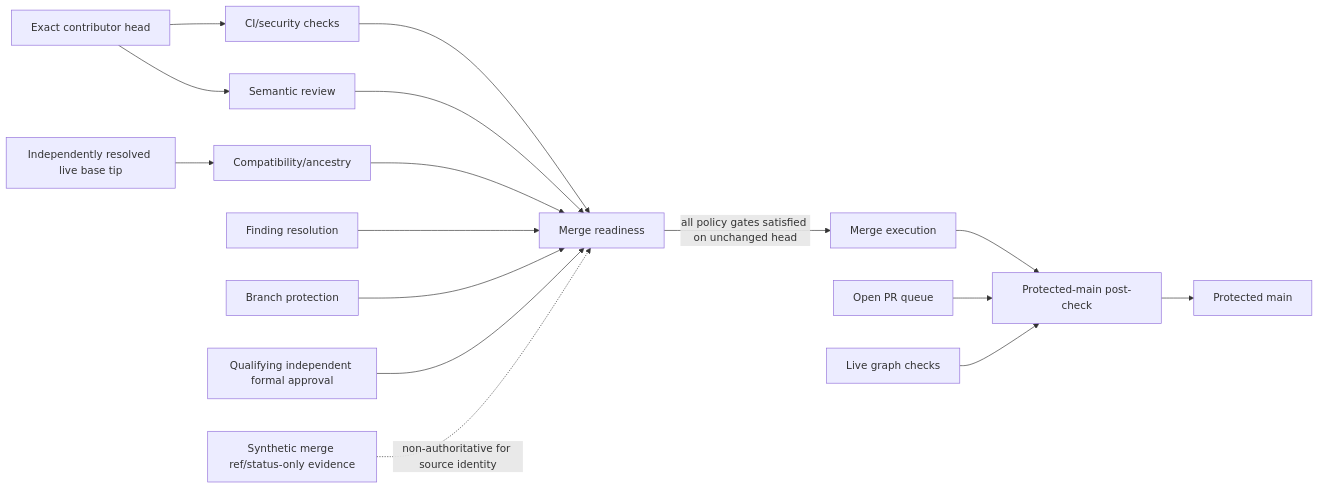
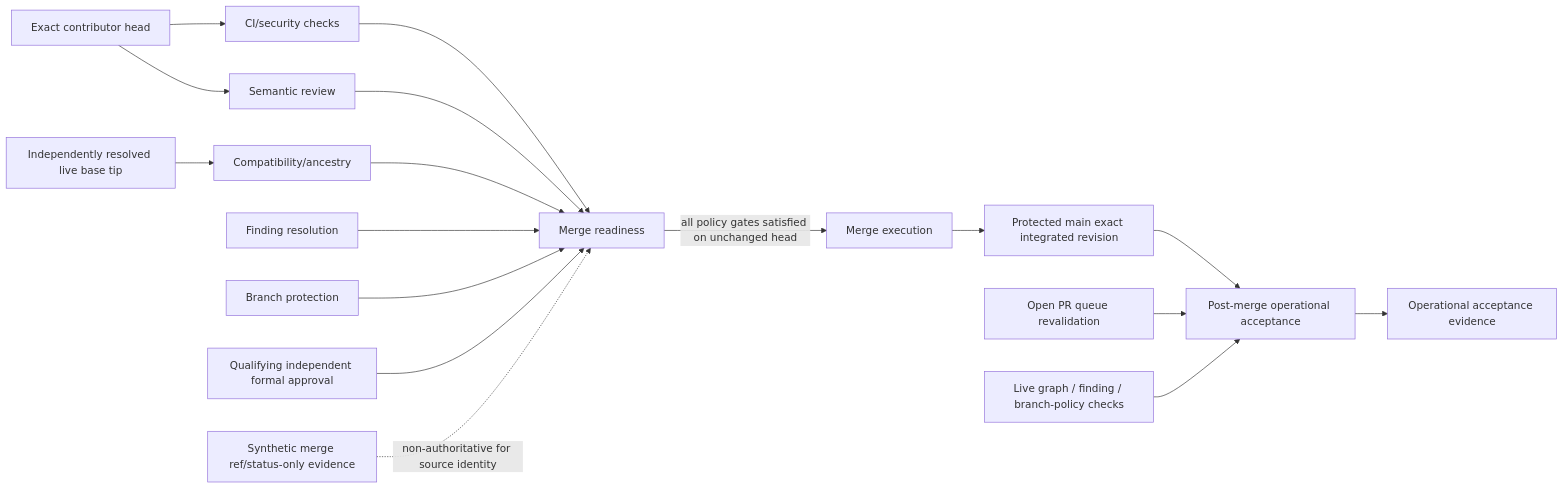
One commit to ContextualWisdomLab/pg-llm-batch changed the seventh of 8 diagrams in docs/architecture/UML.md. Above: the diagram before and after it, drawn with Mermaid. The commit also changed other lines of this file, not shown here.

Commit message:
docs: order operational acceptance after protected integration

````diff
--- a/docs/architecture/UML.md
+++ b/docs/architecture/UML.md
@@ -124,18 +124,19 @@
 ```mermaid
 flowchart LR
     SRC[Exact contributor head] --> CI[CI/security checks]
     BASE[Independently resolved live base tip] --> COMP[Compatibility/ancestry]
     SRC --> REV[Semantic review]
     CI --> GATE[Merge readiness]
     COMP --> GATE
     REV --> GATE
     FIND[Finding resolution] --> GATE
     BP[Branch protection] --> GATE
     APP[Qualifying independent formal approval] --> GATE
     GATE -->|all policy gates satisfied on unchanged head| MERGE[Merge execution]
-    MERGE --> POST[Protected-main post-check]
-    QUEUE[Open PR queue] --> POST
-    LIVE[Live graph checks] --> POST
-    POST --> MAIN[Protected main]
+    MERGE --> MAIN[Protected main exact integrated revision]
+    MAIN --> POST[Post-merge operational acceptance]
+    QUEUE[Open PR queue revalidation] --> POST
+    LIVE[Live graph / finding / branch-policy checks] --> POST
+    POST --> ACCEPT[Operational acceptance evidence]
     SYN[Synthetic merge ref/status-only evidence] -. non-authoritative for source identity .-> GATE
 ```
````
